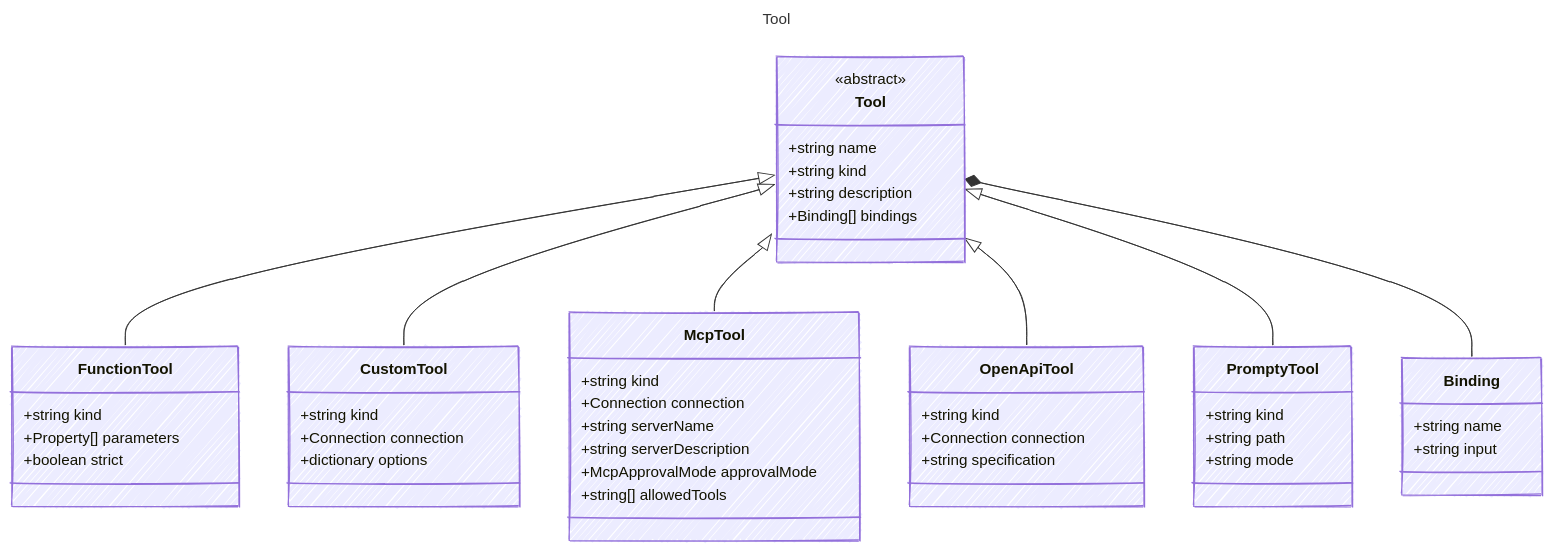
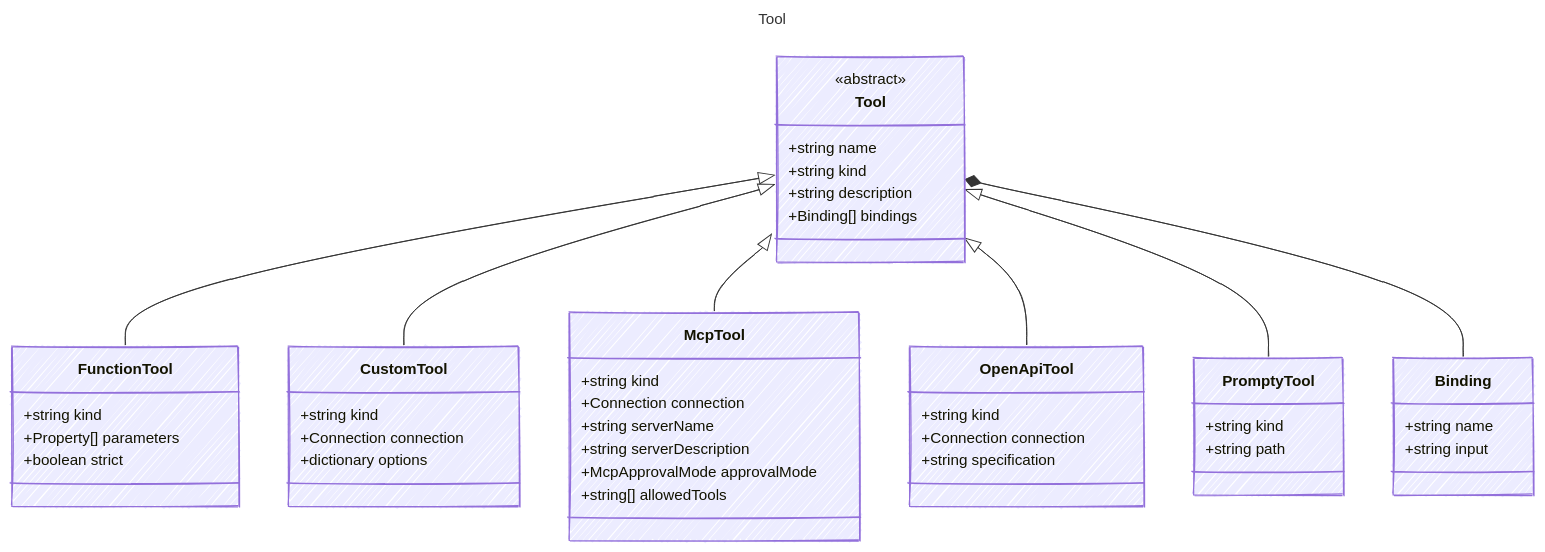
One commit to microsoft/prompty changed the diagram in web/src/content/docs/reference/Tool.md. Above: the diagram before and after it, drawn with Mermaid. The commit also changed 224 other files, not shown here.

````diff
--- a/web/src/content/docs/reference/Tool.md
+++ b/web/src/content/docs/reference/Tool.md
@@ -11,56 +11,55 @@
 ```mermaid
 ---
 title: Tool
 config:
   look: handDrawn
   theme: colorful
   class:
     hideEmptyMembersBox: true
 ---
 classDiagram
     class Tool {
       <<abstract>>
         +string name
         +string kind
         +string description
         +Binding[] bindings
     }
     class FunctionTool {
         +string kind
         +Property[] parameters
         +boolean strict
     }
     Tool <|-- FunctionTool
     class CustomTool {
         +string kind
         +Connection connection
         +dictionary options
     }
     Tool <|-- CustomTool
     class McpTool {
         +string kind
         +Connection connection
         +string serverName
         +string serverDescription
         +McpApprovalMode approvalMode
         +string[] allowedTools
     }
     Tool <|-- McpTool
     class OpenApiTool {
         +string kind
         +Connection connection
         +string specification
     }
     Tool <|-- OpenApiTool
     class PromptyTool {
         +string kind
         +string path
-        +string mode
     }
     Tool <|-- PromptyTool
     class Binding {
         +string name
         +string input
     }
     Tool *-- Binding
 ```
````
